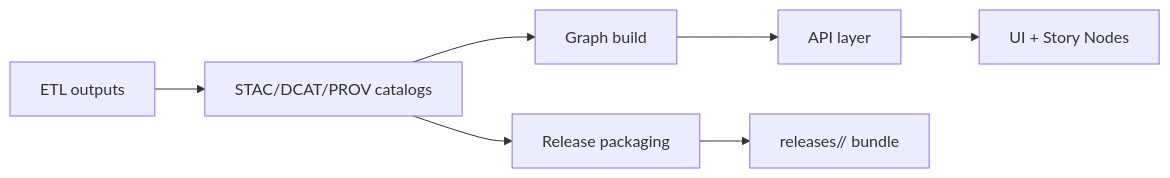
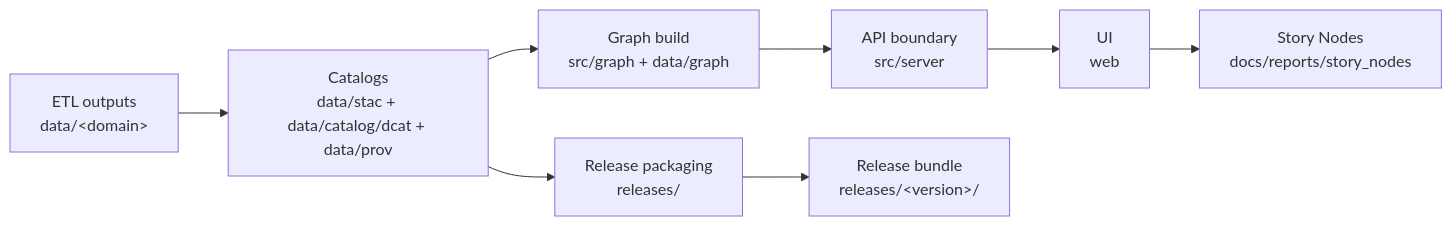
One commit to bartytime4life/Kansas-Frontier-Matrix changed the diagram in releases/README.md. Above: the diagram before and after it, drawn with Mermaid. The commit also changed other lines of this file, not shown here.

First line of the commit message:
Enhance README for KFM release bundles clarity

```diff
--- a/releases/README.md
+++ b/releases/README.md
@@ -225,9 +253,10 @@
 ~~~mermaid
 flowchart LR
-  A[ETL outputs] --> B[STAC/DCAT/PROV catalogs]
-  B --> C[Graph build]
-  C --> D[API layer]
-  D --> E[UI + Story Nodes]
-  B --> F[Release packaging]
-  F --> G[releases/<version>/ bundle]
+  A[ETL outputs<br/>data/&lt;domain&gt;] --> B[Catalogs<br/>data/stac + data/catalog/dcat + data/prov]
+  B --> C[Graph build<br/>src/graph + data/graph]
+  C --> D[API boundary<br/>src/server]
+  D --> E[UI<br/>web]
+  E --> F[Story Nodes<br/>docs/reports/story_nodes]
+  B --> G[Release packaging<br/>releases/]
+  G --> H[Release bundle<br/>releases/&lt;version&gt;/]
 ~~~
```
